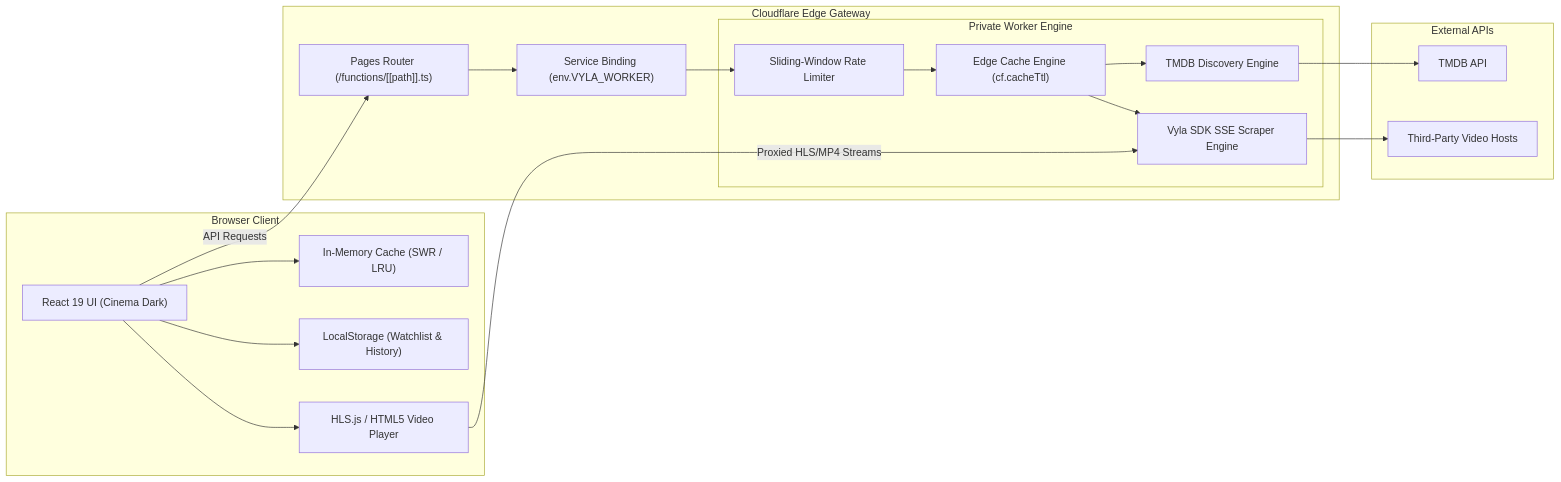
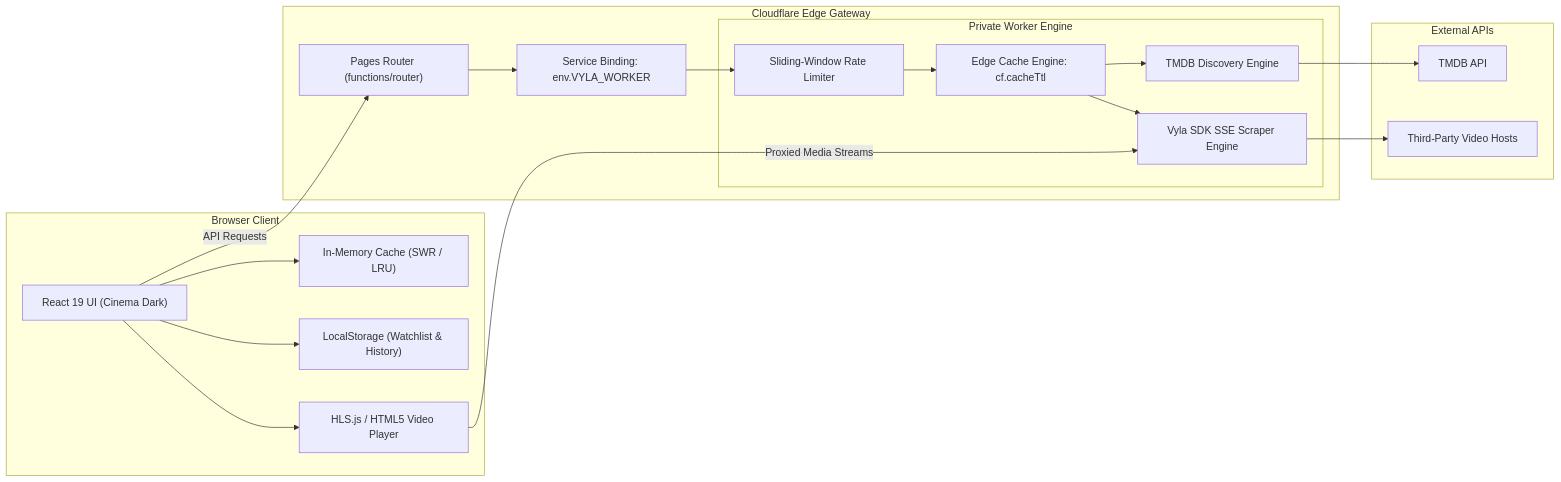
Before and after one commit to carlodandan/vi-play: the second of 4 diagrams in docs/ARCHITECTURE.md, drawn with Mermaid. The commit also changed other lines of this file and 1 other file, not shown here.

Commit message:
fix(docs): resolve Mermaid syntax errors in architecture diagrams

````diff
--- a/docs/ARCHITECTURE.md
+++ b/docs/ARCHITECTURE.md
@@ -43,39 +43,39 @@
 ```mermaid
 graph LR
-    subgraph Client [Browser Client]
+    subgraph Client ["Browser Client"]
         UI["React 19 UI (Cinema Dark)"]
         Cache["In-Memory Cache (SWR / LRU)"]
         Storage["LocalStorage (Watchlist & History)"]
         Player["HLS.js / HTML5 Video Player"]
     end
 
-    subgraph Edge [Cloudflare Edge Gateway]
-        PagesRouter["Pages Router (/functions/[[path]].ts)"]
-        ServiceBinding["Service Binding (env.VYLA_WORKER)"]
+    subgraph Edge ["Cloudflare Edge Gateway"]
+        PagesRouter["Pages Router (functions/router)"]
+        ServiceBinding["Service Binding: env.VYLA_WORKER"]
         
-        subgraph ProxyWorker [Private Worker Engine]
+        subgraph ProxyWorker ["Private Worker Engine"]
             RateLimiter["Sliding-Window Rate Limiter"]
-            EdgeCache["Edge Cache Engine (cf.cacheTtl)"]
+            EdgeCache["Edge Cache Engine: cf.cacheTtl"]
             DiscoveryEngine["TMDB Discovery Engine"]
             StreamingEngine["Vyla SDK SSE Scraper Engine"]
         end
     end
 
-    subgraph External [External APIs]
+    subgraph External ["External APIs"]
         TMDB_API["TMDB API"]
         StreamSources["Third-Party Video Hosts"]
     end
 
     UI --> Cache
     UI --> Storage
     UI --> Player
     UI -->|API Requests| PagesRouter
     PagesRouter --> ServiceBinding
     ServiceBinding --> RateLimiter
     RateLimiter --> EdgeCache
     EdgeCache --> DiscoveryEngine
     EdgeCache --> StreamingEngine
     DiscoveryEngine --> TMDB_API
     StreamingEngine --> StreamSources
-    Player -->|Proxied HLS/MP4 Streams| StreamingEngine
+    Player -->|Proxied Media Streams| StreamingEngine
 ```
````
